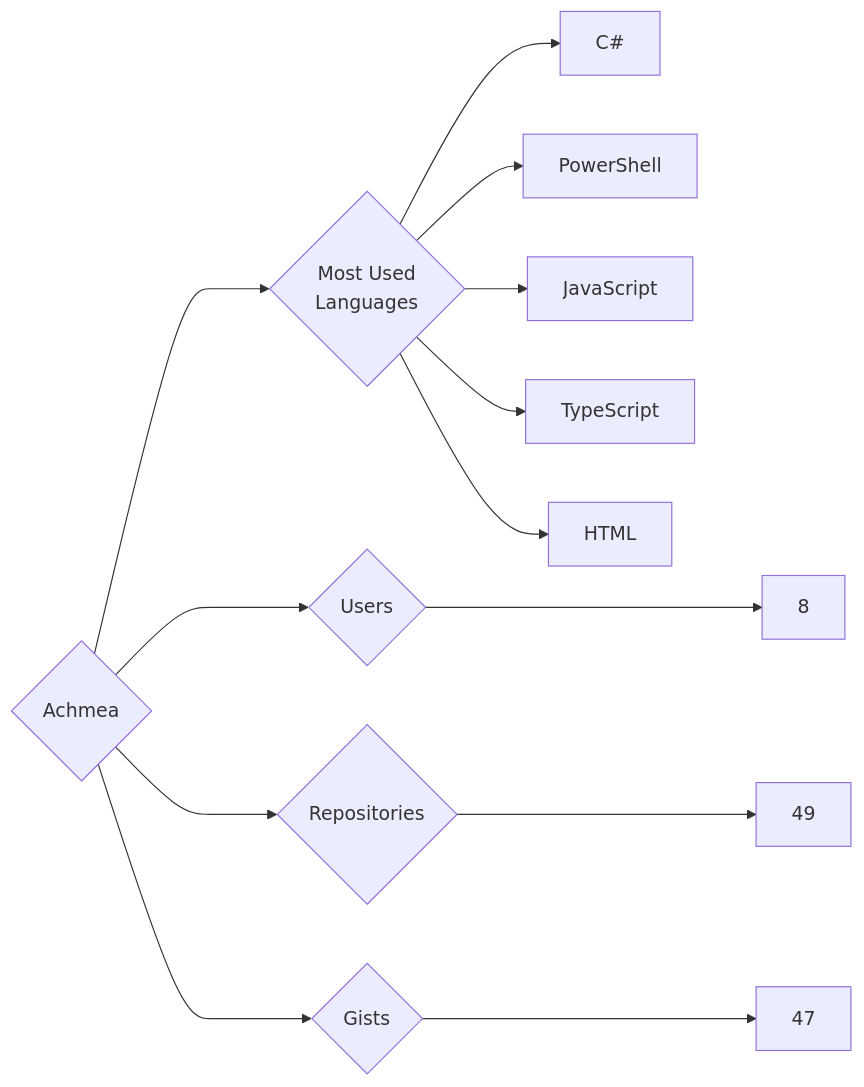
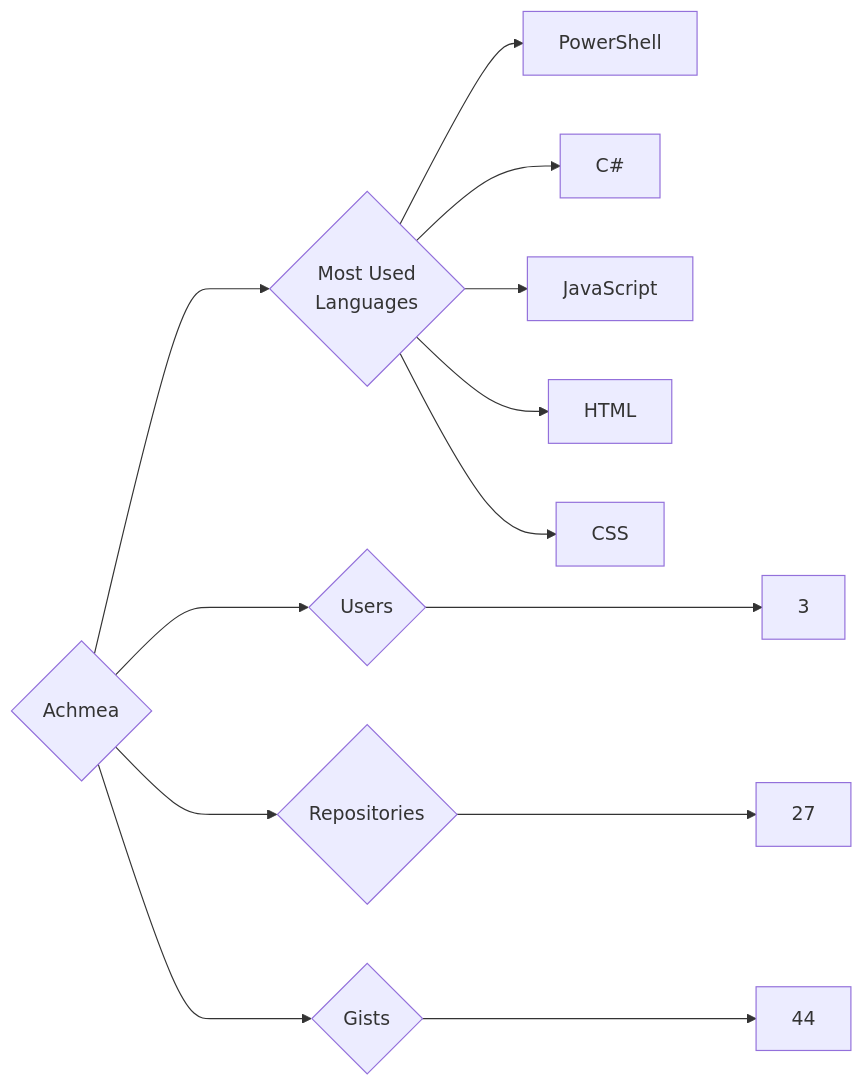
Before and after one commit to trickest/insiders: the diagram in targets/Achmea/README.md, drawn with Mermaid. The commit also changed 1089 other files, not shown here.

````diff
--- a/targets/Achmea/README.md
+++ b/targets/Achmea/README.md
@@ -3,13 +3,13 @@
 ```mermaid
 graph LR
 COMPANY_NAME{Achmea}
-COMPANY_NAME ---> U{Users} ---> UN[8]
-COMPANY_NAME ---> R{Repositories} ---> RN[49]
-COMPANY_NAME ---> G{Gists} ---> GN[47]
+COMPANY_NAME ---> U{Users} ---> UN[3]
+COMPANY_NAME ---> R{Repositories} ---> RN[27]
+COMPANY_NAME ---> G{Gists} ---> GN[44]
 COMPANY_NAME ---> ML{Most Used<br>Languages}
+ML --> PowerShell[PowerShell]
 ML --> C#[C#]
-ML --> PowerShell[PowerShell]
 ML --> JavaScript[JavaScript]
-ML --> TypeScript[TypeScript]
 ML --> HTML[HTML]
+ML --> CSS[CSS]
 ```
````
